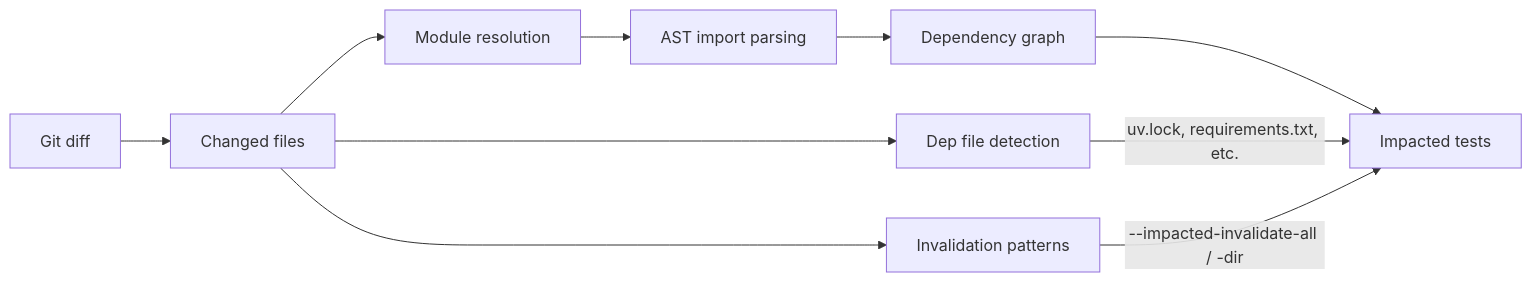
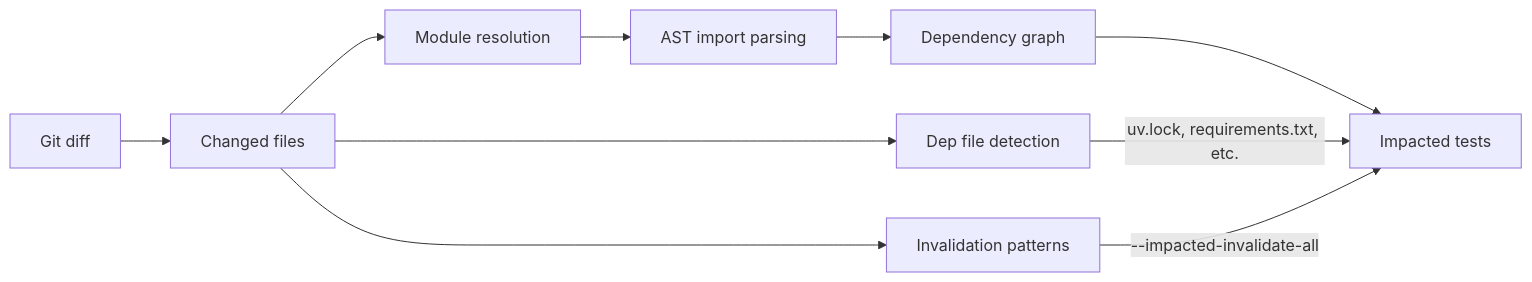
Before and after one commit to promptromp/pytest-impacted: the diagram in docs/usage.md, drawn with Mermaid. The commit also changed other lines of this file and 13 other files, not shown here.

First line of the commit message:
refactor: drop --impacted-invalidate-dir, keep only --impacted-invalidate-all

````diff
--- a/docs/usage.md
+++ b/docs/usage.md
@@ -281,12 +271,12 @@
 ```mermaid
 graph LR
     A[Git diff] --> B[Changed files]
     B --> C[Module resolution]
     C --> D[AST import parsing]
     D --> E[Dependency graph]
     E --> G[Impacted tests]
     B --> F[Dep file detection]
     F -->|uv.lock, requirements.txt, etc.| G
     B --> H[Invalidation patterns]
-    H -->|--impacted-invalidate-all / -dir| G
+    H -->|--impacted-invalidate-all| G
 ```
````
